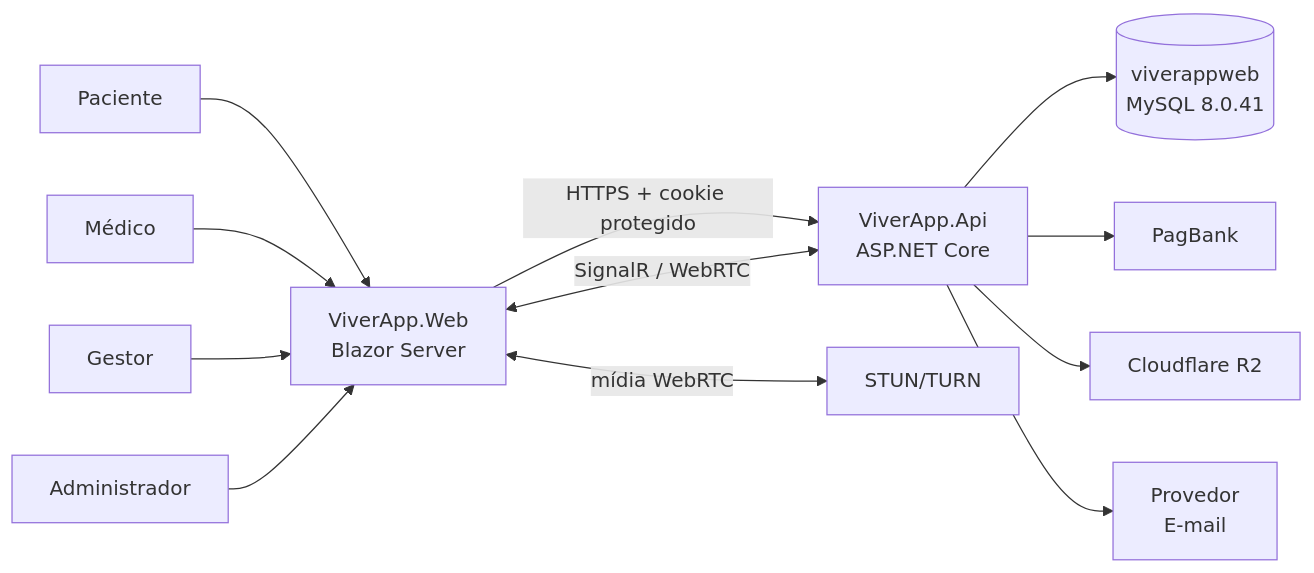
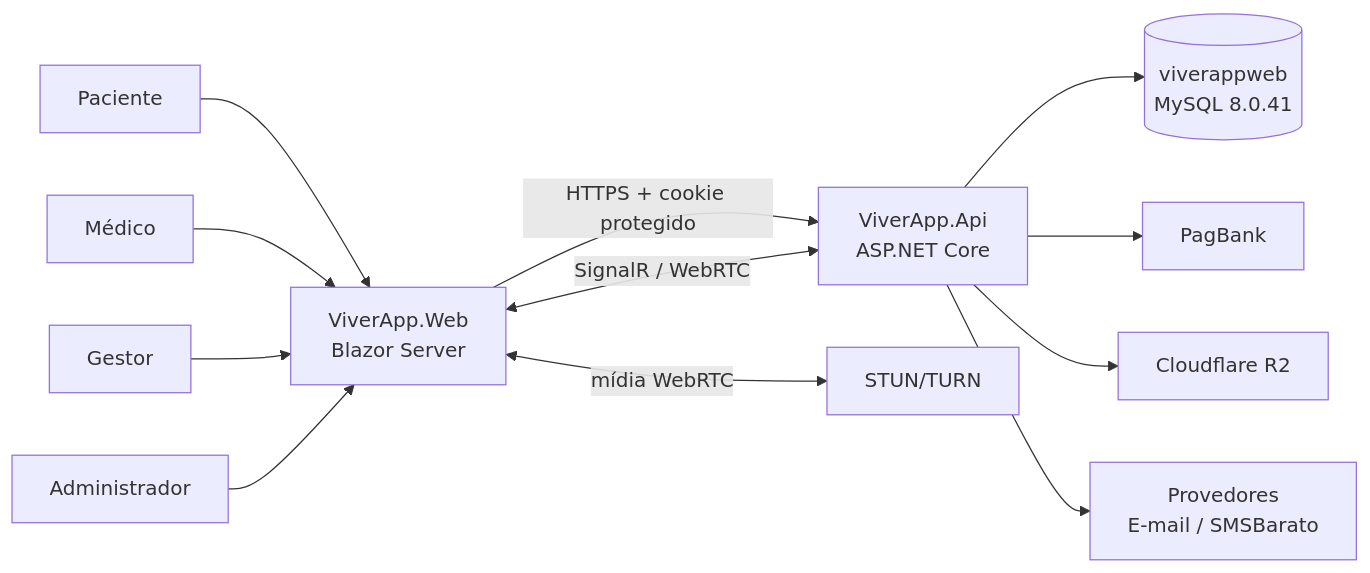
One commit to PauloVianaR/ViverAppWeb changed the first of 6 diagrams in docs/fase-01/ARQUITETURA-E-DIAGRAMAS.md. Above: the diagram before and after it, drawn with Mermaid. The commit also changed other lines of this file and 62 other files, not shown here.

````diff
--- a/docs/fase-01/ARQUITETURA-E-DIAGRAMAS.md
+++ b/docs/fase-01/ARQUITETURA-E-DIAGRAMAS.md
@@ -5,26 +5,26 @@
 ```mermaid
 flowchart LR
     P[Paciente]
     D[Médico]
     G[Gestor]
     A[Administrador]
     WEB[ViverApp.Web<br/>Blazor Server]
     API[ViverApp.Api<br/>ASP.NET Core]
     DB[(viverappweb<br/>MySQL 8.0.41)]
     PAG[PagBank]
     R2[Cloudflare R2]
-    COM[Provedor<br/>E-mail]
+    COM[Provedores<br/>E-mail / SMSBarato]
     RTC[STUN/TURN]
 
     P --> WEB
     D --> WEB
     G --> WEB
     A --> WEB
     WEB -->|HTTPS + cookie protegido| API
     API --> DB
     API --> PAG
     API --> R2
     API --> COM
     WEB <-->|SignalR / WebRTC| API
     WEB <-->|mídia WebRTC| RTC
 ```
````
